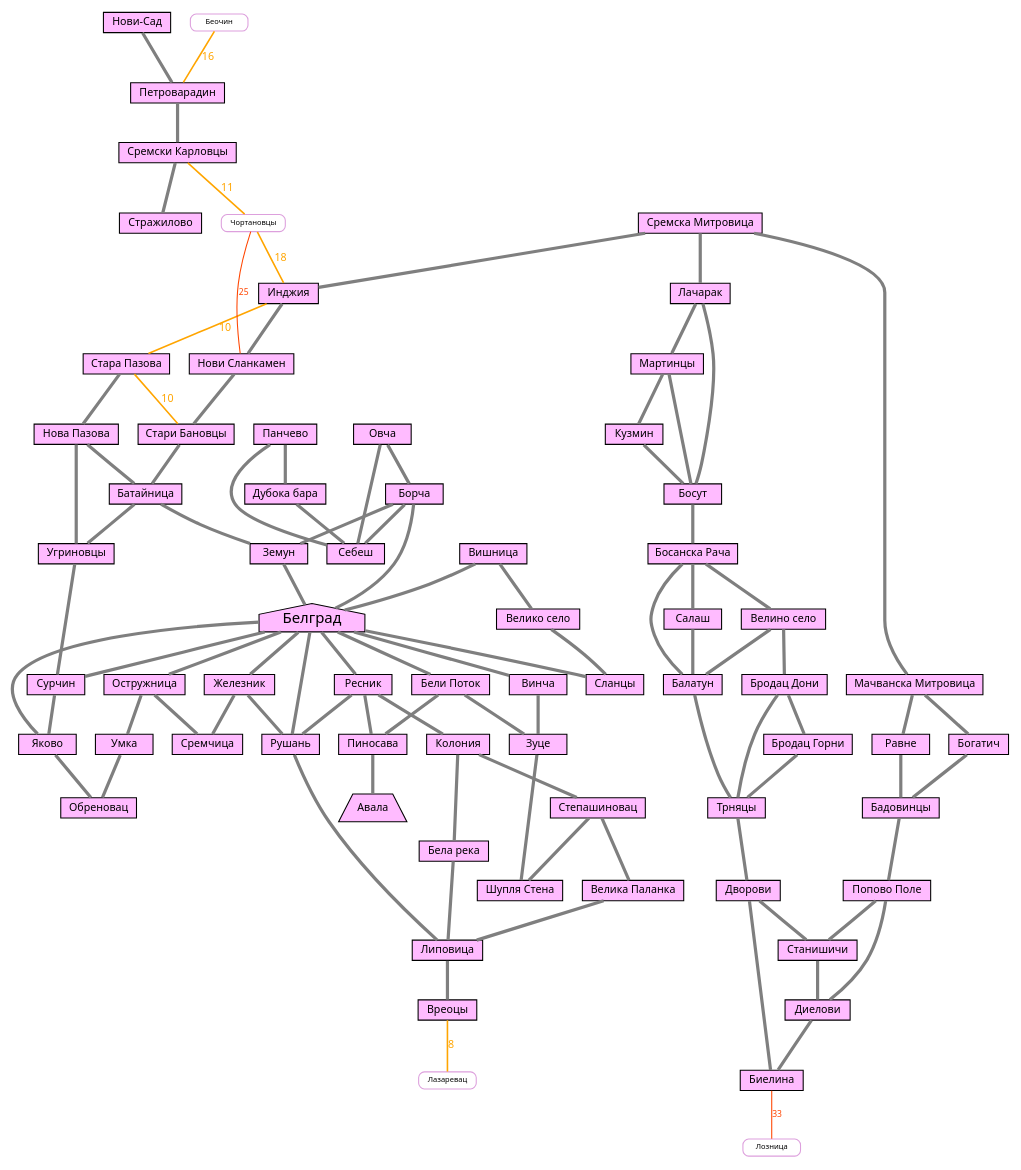
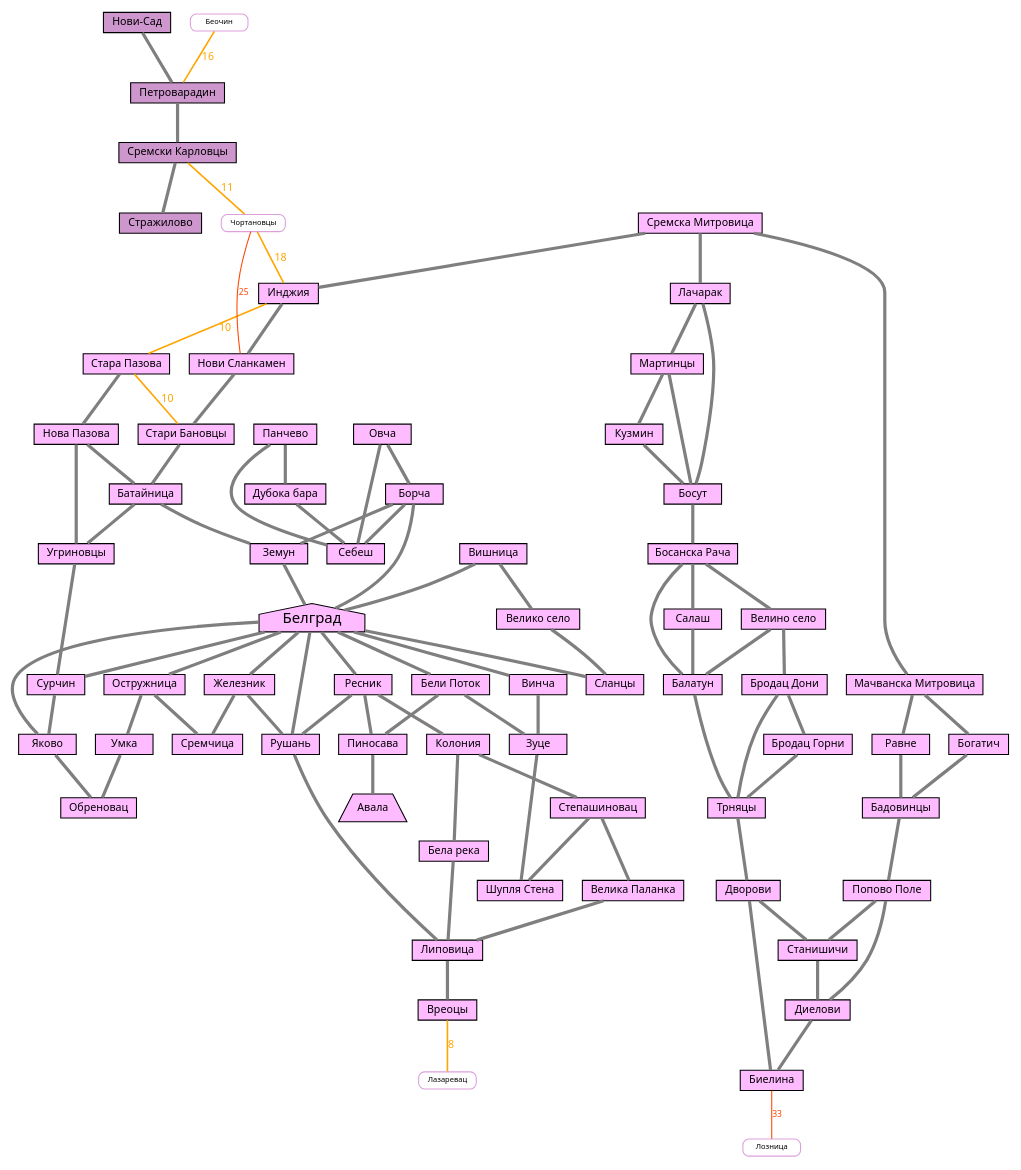
Before and after one commit to shoorick/bike-area: the diagram in serbia.dot, drawn with Graphviz. The commit also changed 5 other files, not shown here.

```diff
--- a/serbia.dot
+++ b/serbia.dot
@@ -1,79 +1,83 @@
 graph G {
     node [ shape=box, fontsize=10, fontname="Noto Sans,sans", style=filled, height=0.2 ]
     edge [ color=gray50, penwidth=3, fontname="Noto Sans,sans" ]
     graph [ overlap=false ]
 
     subgraph belgrade {
     node [ fillcolor=plum1 ]
     Белград [ shape=house, fontsize=14, margin=0.01 ]
     Авала [ shape=trapezium, margin=0.01 ]
 
     "Стара Пазова" -- "Нова Пазова" -- Батайница -- Земун -- Белград
     Белград -- {Ресник Рушань Сланцы Сурчин}
     Вишница -- "Велико село" -- Сланцы
     Вишница -- Белград
     Ресник -- Рушань -- Липовица -- Вреоцы
     Ресник -- Пиносава
     Ресник -- Колония -- "Бела река" -- Липовица
     Степашиновац -- "Велика Паланка" -- Липовица
     Колония -- Степашиновац -- "Шупля Стена"
     Белград -- Винча -- Зуце -- "Шупля Стена"
     Белград -- "Бели Поток" -- Зуце
     "Бели Поток" -- Пиносава -- Авала
     Белград -- Железник -- Рушань
     "Сремска Митровица" -- Инджия -- "Нови Сланкамен" -- "Стари Бановцы" -- Батайница
     "Нова Пазова" -- Угриновцы
     Батайница -- Угриновцы -- Сурчин -- Яково
     Овча -- Борча -- Белград -- Яково -- Обреновац
     Белград -- Остружница -- Умка -- Обреновац
     { Железник Остружница } -- Сремчица
     Овча -- Себеш
     Борча -- Себеш
     Борча -- Земун
     Панчево -- Себеш
     Панчево -- "Дубока бара" -- Себеш
 
     "Сремска Митровица" -- Лачарак -- Мартинцы -- Кузмин -- Босут
     Лачарак -- Босут
     Мартинцы -- Босут -- "Босанска Рача" -- Балатун -- Трняцы
     "Босанска Рача" -- "Велино село" -- "Бродац Дони" -- "Бродац Горни" -- Трняцы
     "Босанска Рача" -- Салаш -- Балатун
     "Велино село" -- Балатун
     "Бродац Дони" -- Трняцы -- Дворови -- Биелина
     Дворови -- Станишичи -- Диелови -- Биелина
     "Сремска Митровица" -- "Мачванска Митровица" -- { Равне Богатич } -- Бадовинцы
     Бадовинцы -- "Попово Поле" -- Станишичи
     "Попово Поле" -- Диелови
+}
+
+subgraph novisad {
+    node [ fillcolor=plum3 ]
 
     "Нови-Сад" -- Петроварадин -- "Сремски Карловцы" -- Стражилово
 }
 
 subgraph failed {
     node [ shape=Mrecord,fillcolor=white,color=plum,fontsize=7, height=0.1 ]
 
     // Ближайшие — можно пройти за час, до 15-20 км
     edge [ color=orange, fontcolor=orange, fontsize=10, penwidth=1.5 ]
     Инджия -- "Стара Пазова" [ label=10 ]
     "Стара Пазова" -- "Стари Бановцы" [ label=10 ]
     Вреоцы -- Лазаревац [ label=8 ]
 
     Беочин -- Петроварадин [ label=16 ]
     "Сремски Карловцы" -- Чортановцы [ label=11 ]
     Чортановцы -- Инджия [ label=18 ]
 
     // Ближние, до 40 км
     edge [ color=orangered, fontcolor=orangered, fontsize=8, penwidth=1 ]
     Чортановцы -- "Нови Сланкамен" [ label=25 ]
     Биелина -- Лозница [ label=33 ]
 
     // Средние — можно пройти за день
     // edge [ color=red, fontcolor=red, style="dashed" ]
 
     // Дальние (от 100 км)
     //edge [ color=plum, fontcolor=plum, style="dotted" ]
 
     // Самые дальние — нереально проехать
     // edge [ color=skyblue, fontcolor=skyblue ]
 }
 
 }
```
